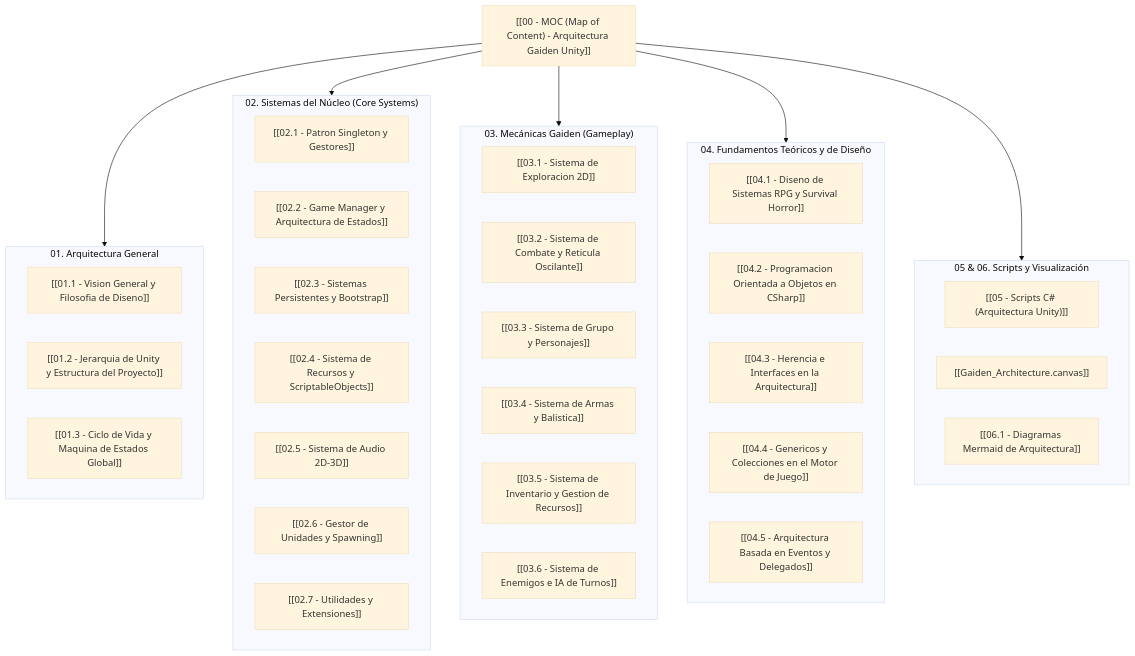
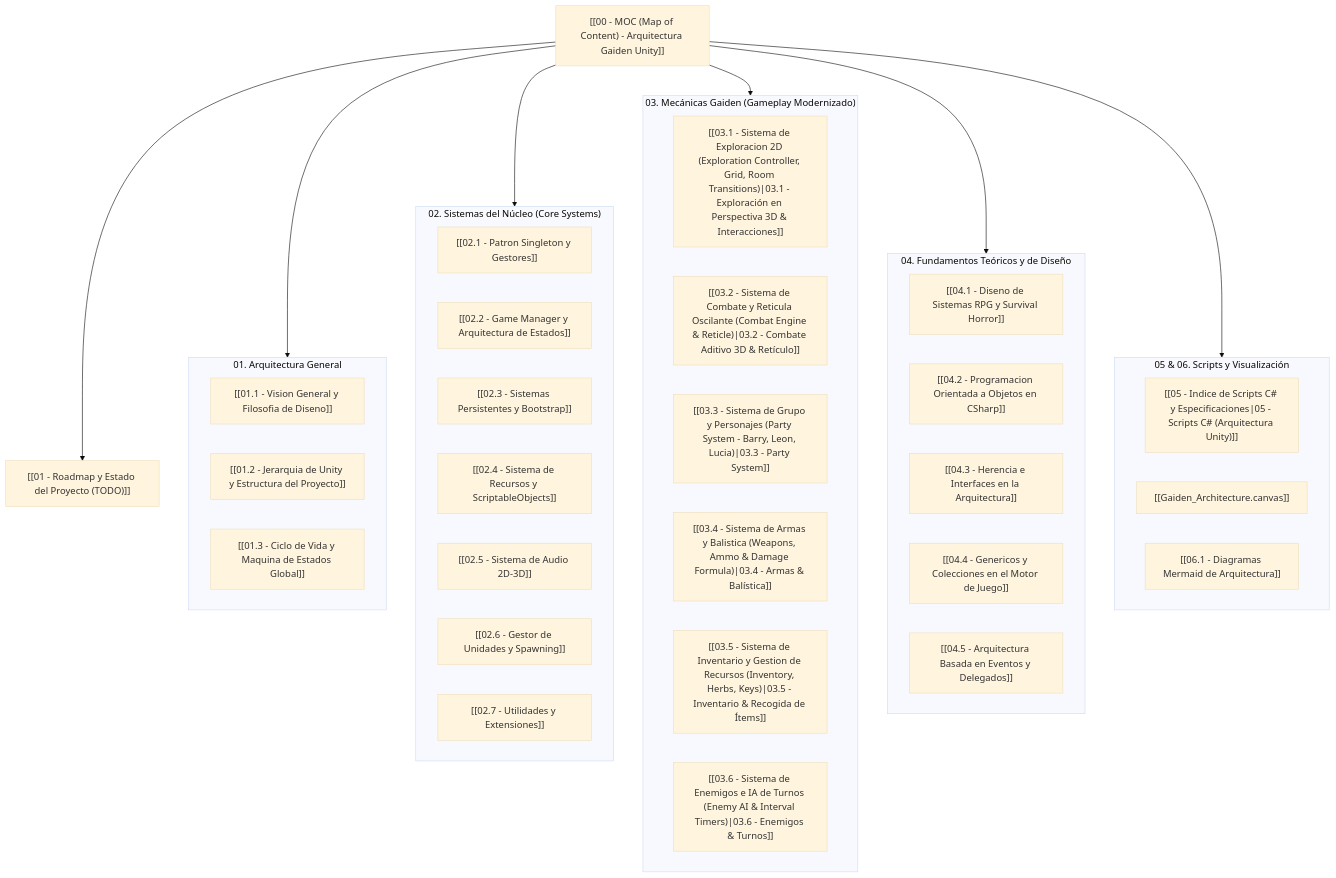
One commit to matichanx3x3/proyectoGaiden changed the diagram in Documentación/00 - Indice/00 - MOC (Map of Content) - Arquitectura Gaiden Unity.md. Above: the diagram before and after it, drawn with Mermaid (base theme). The commit also changed other lines of this file and 506 other files, not shown here.

````diff
--- a/Documentación/00 - Indice/00 - MOC (Map of Content) - Arquitectura Gaiden Unity.md
+++ b/Documentación/00 - Indice/00 - MOC (Map of Content) - Arquitectura Gaiden Unity.md
@@ -22,49 +22,51 @@
 ```mermaid
 flowchart TD
     Index["[[00 - MOC (Map of Content) - Arquitectura Gaiden Unity]]"]
+    Roadmap["[[01 - Roadmap y Estado del Proyecto (TODO)]]"]
     
     subgraph S1["01. Arquitectura General"]
         ArchVis["[[01.1 - Vision General y Filosofia de Diseno]]"]
         UnityHier["[[01.2 - Jerarquia de Unity y Estructura del Proyecto]]"]
         GameLoop["[[01.3 - Ciclo de Vida y Maquina de Estados Global]]"]
     end
 
     subgraph S2["02. Sistemas del Núcleo (Core Systems)"]
         Singleton["[[02.1 - Patron Singleton y Gestores]]"]
         GameMgr["[[02.2 - Game Manager y Arquitectura de Estados]]"]
         Persist["[[02.3 - Sistemas Persistentes y Bootstrap]]"]
         ResSys["[[02.4 - Sistema de Recursos y ScriptableObjects]]"]
         AudioSys["[[02.5 - Sistema de Audio 2D-3D]]"]
         UnitMgr["[[02.6 - Gestor de Unidades y Spawning]]"]
         Utils["[[02.7 - Utilidades y Extensiones]]"]
     end
 
-    subgraph S3["03. Mecánicas Gaiden (Gameplay)"]
-        Explo["[[03.1 - Sistema de Exploracion 2D]]"]
-        Combat["[[03.2 - Sistema de Combate y Reticula Oscilante]]"]
-        Party["[[03.3 - Sistema de Grupo y Personajes]]"]
-        Weapons["[[03.4 - Sistema de Armas y Balistica]]"]
-        Inventory["[[03.5 - Sistema de Inventario y Gestion de Recursos]]"]
-        EnemyAI["[[03.6 - Sistema de Enemigos e IA de Turnos]]"]
+    subgraph S3["03. Mecánicas Gaiden (Gameplay Modernizado)"]
+        Explo["[[03.1 - Sistema de Exploracion 2D (Exploration Controller, Grid, Room Transitions)|03.1 - Exploración en Perspectiva 3D & Interacciones]]"]
+        Combat["[[03.2 - Sistema de Combate y Reticula Oscilante (Combat Engine & Reticle)|03.2 - Combate Aditivo 3D & Retículo]]"]
+        Party["[[03.3 - Sistema de Grupo y Personajes (Party System - Barry, Leon, Lucia)|03.3 - Party System]]"]
+        Weapons["[[03.4 - Sistema de Armas y Balistica (Weapons, Ammo & Damage Formula)|03.4 - Armas & Balística]]"]
+        Inventory["[[03.5 - Sistema de Inventario y Gestion de Recursos (Inventory, Herbs, Keys)|03.5 - Inventario & Recogida de Ítems]]"]
+        EnemyAI["[[03.6 - Sistema de Enemigos e IA de Turnos (Enemy AI & Interval Timers)|03.6 - Enemigos & Turnos]]"]
     end
 
     subgraph S4["04. Fundamentos Teóricos y de Diseño"]
         Teo1["[[04.1 - Diseno de Sistemas RPG y Survival Horror]]"]
         Teo2["[[04.2 - Programacion Orientada a Objetos en CSharp]]"]
         Teo3["[[04.3 - Herencia e Interfaces en la Arquitectura]]"]
         Teo4["[[04.4 - Genericos y Colecciones en el Motor de Juego]]"]
         Teo5["[[04.5 - Arquitectura Basada en Eventos y Delegados]]"]
     end
 
     subgraph S5["05 & 06. Scripts y Visualización"]
-        ScriptsC["[[05 - Scripts C# (Arquitectura Unity)]]"]
+        ScriptsC["[[05 - Indice de Scripts C# y Especificaciones|05 - Scripts C# (Arquitectura Unity)]]"]
         CanvasView["[[Gaiden_Architecture.canvas]]"]
         MermaidDiag["[[06.1 - Diagramas Mermaid de Arquitectura]]"]
     end
 
+    Index --> Roadmap
     Index --> S1
     Index --> S2
     Index --> S3
     Index --> S4
     Index --> S5
 ```
````
